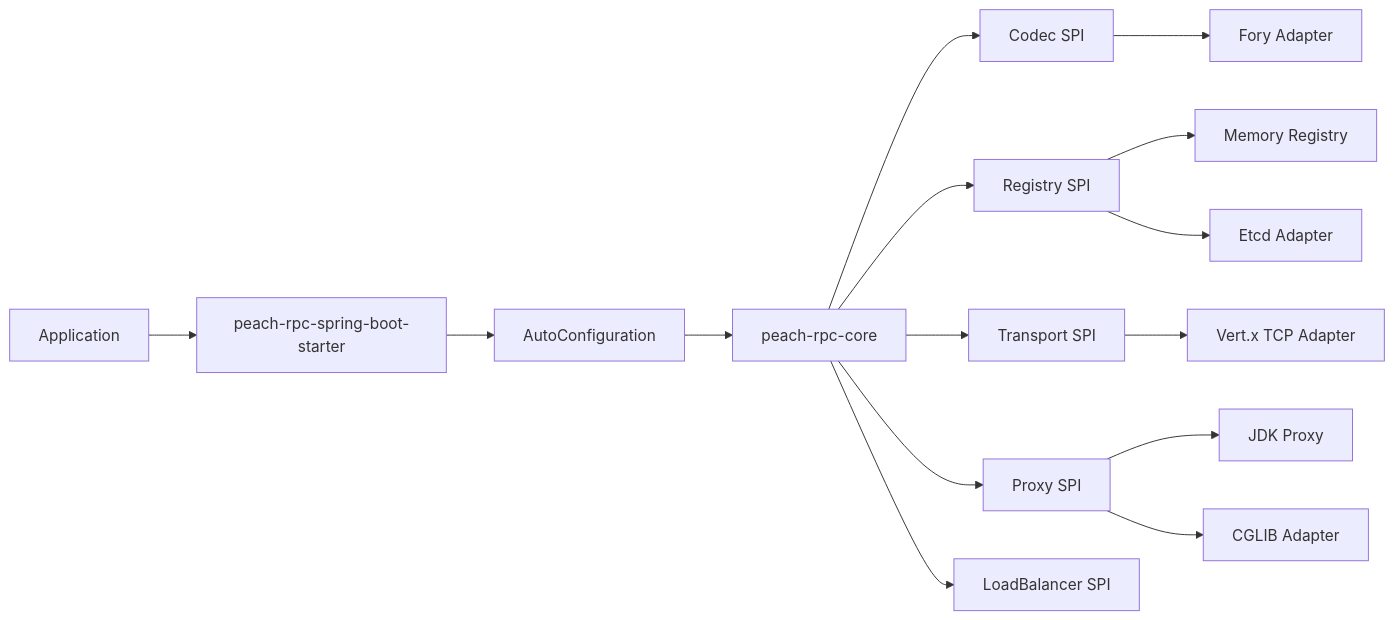
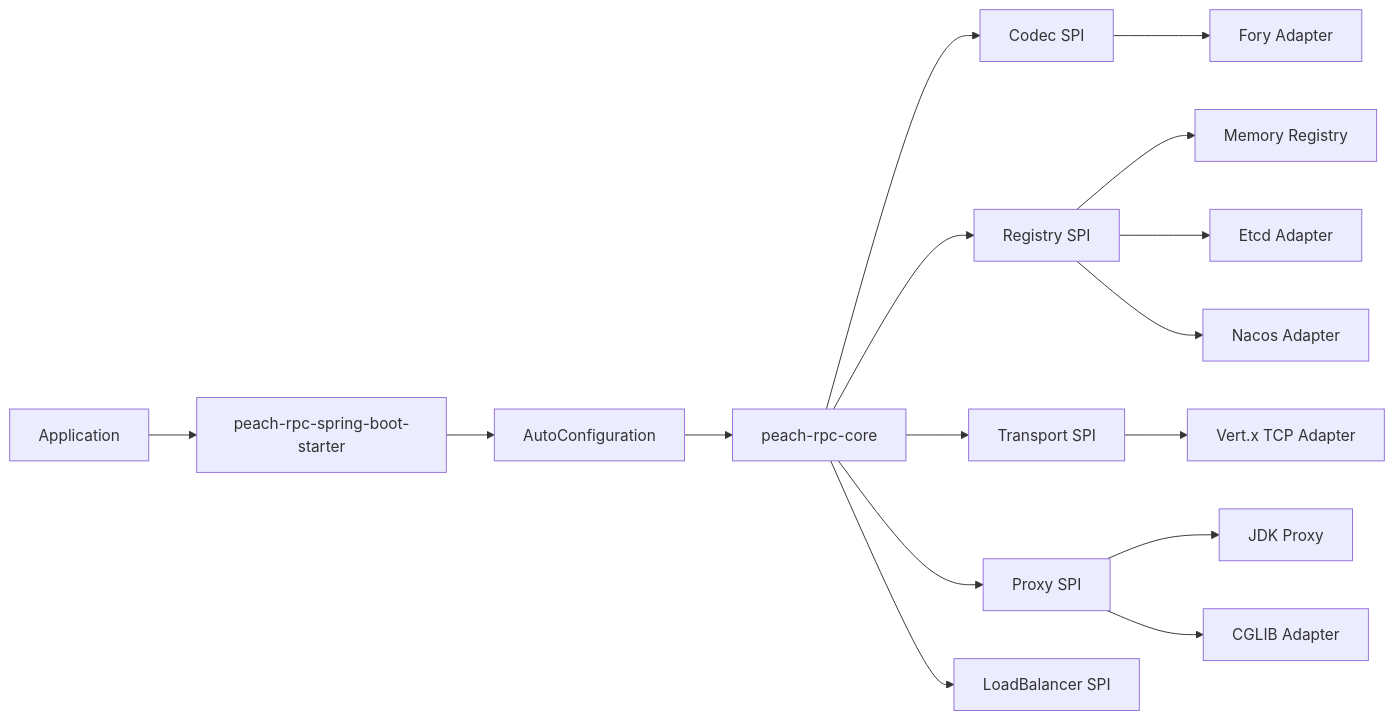
One commit to Ryan-Guizhou/peach-rpc changed the diagram in README.en-US.md. Above: the diagram before and after it, drawn with Mermaid. The commit also changed other lines of this file and 6 other files, not shown here.

Commit message:
docs: document annotation runtime and Nacos registry

````diff
--- a/README.en-US.md
+++ b/README.en-US.md
@@ -17,17 +17,18 @@
 ```mermaid
 flowchart LR
     App[Application] --> Starter[peach-rpc-spring-boot-starter]
     Starter --> Auto[AutoConfiguration]
     Auto --> Core[peach-rpc-core]
     Core --> Codec[Codec SPI]
     Core --> Registry[Registry SPI]
     Core --> Transport[Transport SPI]
     Core --> Proxy[Proxy SPI]
     Core --> LB[LoadBalancer SPI]
     Codec --> Fory[Fory Adapter]
     Registry --> Memory[Memory Registry]
     Registry --> Etcd[Etcd Adapter]
+    Registry --> Nacos[Nacos Adapter]
     Transport --> Vertx[Vert.x TCP Adapter]
     Proxy --> Jdk[JDK Proxy]
     Proxy --> Cglib[CGLIB Adapter]
 ```
````
